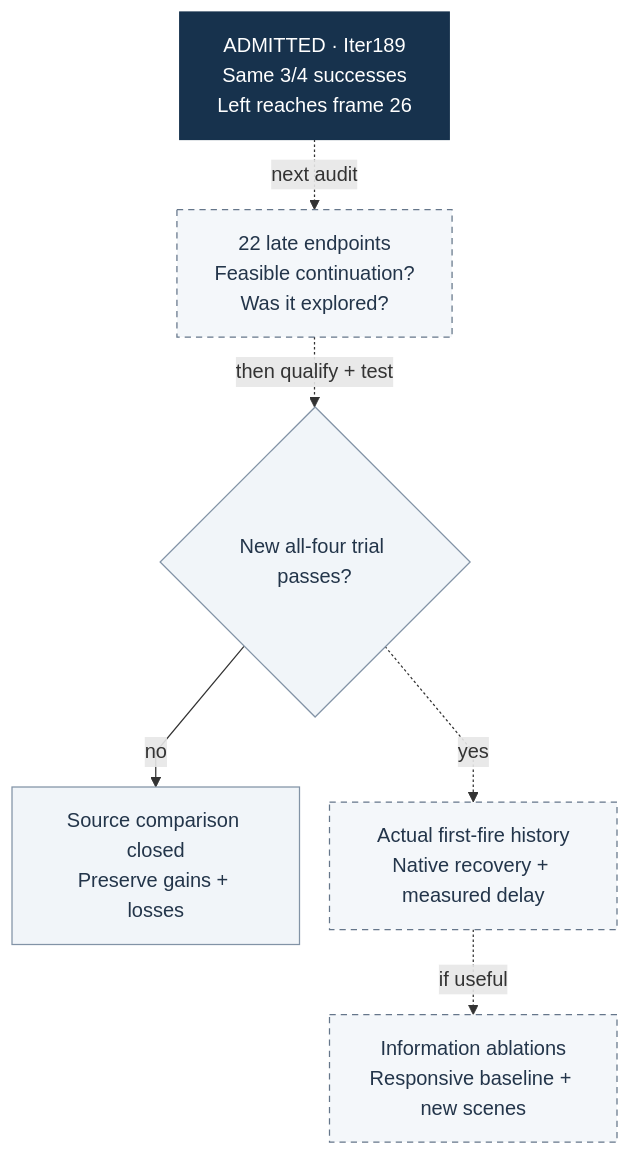
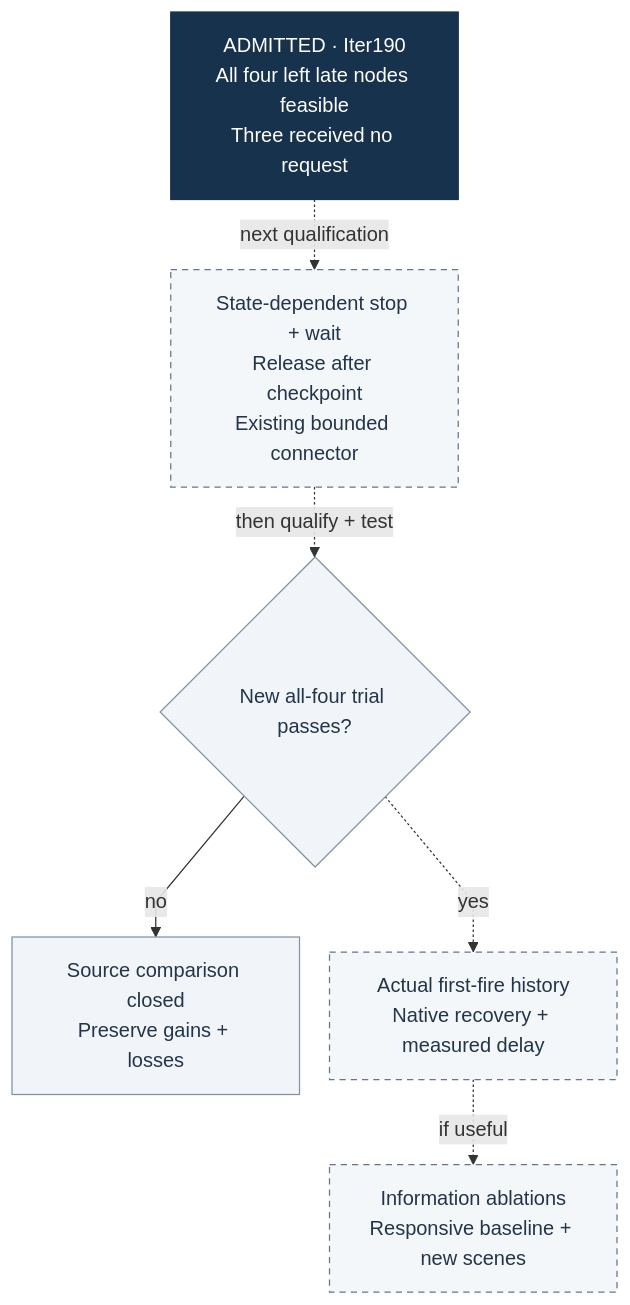
Before and after one commit to manfromnowhere143/sentinel: the fourth of 4 diagrams in README.md, drawn with Mermaid. The commit also changed other lines of this file and 42 other files, not shown here.

Commit message:
Close the late continuation audit and show all retained opportunities

````diff
--- a/README.md
+++ b/README.md
@@ -1314,24 +1345,24 @@
 ```mermaid
 ---
 config:
   flowchart:
     curve: linear
     nodeSpacing: 24
     wrappingWidth: 170
     rankSpacing: 32
 ---
 flowchart TB
   accTitle: Next experiment and intervention gates
-  accDescr: Late-state feasibility precedes any new planner trial or intervention claim.
-  A["ADMITTED · Iter189<br/>Same 3/4 successes<br/>Left reaches frame 26"]
-  A -. "next audit" .-> T["22 late endpoints<br/>Feasible continuation?<br/>Was it explored?"]
+  accDescr: Admitted conditional paths motivate proposal qualification before a new integrated trial.
+  A["ADMITTED · Iter190<br/>All four left late nodes feasible<br/>Three received no request"]
+  A -. "next qualification" .-> T["State-dependent stop + wait<br/>Release after checkpoint<br/>Existing bounded connector"]
   T -. "then qualify + test" .-> G{"New all-four trial passes?"}
   G -- "no" --> F["Source comparison closed<br/>Preserve gains + losses"]
   G -. "yes" .-> H["Actual first-fire history<br/>Native recovery + measured delay"]
   H -. "if useful" .-> I["Information ablations<br/>Responsive baseline + new scenes"]
   classDef default fill:#f1f5f9,stroke:#8293a6,color:#23354a;
   classDef focus fill:#17324d,stroke:#17324d,color:#fff;
   classDef proposed fill:#f4f7fa,stroke:#65768a,color:#23354a,stroke-dasharray:5 4;
   class A focus;
   class T,H,I proposed;
 ```
````
